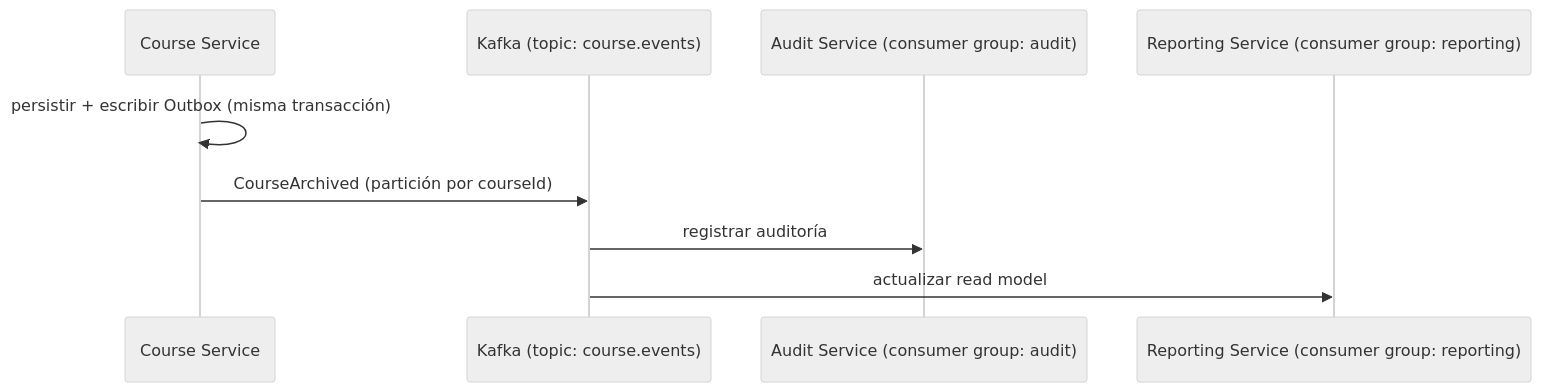
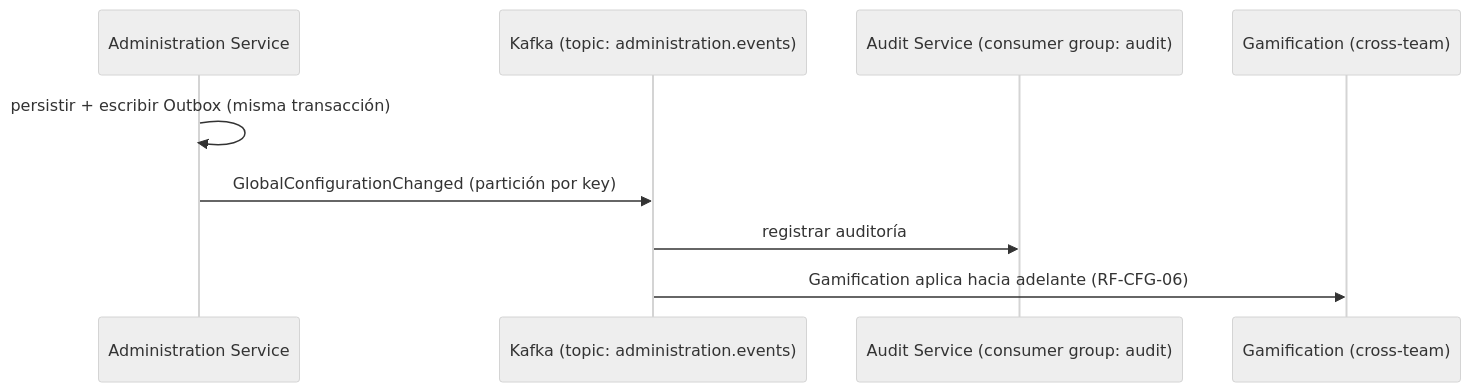
One commit to 2W2-114324-Carballo-Juarez-Mateo/backoffice-docs changed the third of 6 diagrams in docs/backend/arquitectura/comunicacion.md. Above: the diagram before and after it, drawn with Mermaid (neutral theme). The commit also changed other lines of this file and 13 other files, not shown here.

Commit message:
docs: alinear alcance al BackOffice oficial (4 servicios: Identity&Access, Administration&Configuration, Reporting&Analytics, Audit) — sin cursos/desafíos/usuarios/avatar

````diff
--- a/docs/backend/arquitectura/comunicacion.md
+++ b/docs/backend/arquitectura/comunicacion.md
@@ -50,12 +52,12 @@
 ```mermaid
 sequenceDiagram
-    participant CS as Course Service
-    participant K as Kafka (topic: course.events)
+    participant AD as Administration Service
+    participant K as Kafka (topic: administration.events)
     participant AU as Audit Service (consumer group: audit)
-    participant RP as Reporting Service (consumer group: reporting)
+    participant GS as Gamification (cross-team)
 
-    CS->>CS: persistir + escribir Outbox (misma transacción)
-    CS->>K: CourseArchived (partición por courseId)
+    AD->>AD: persistir + escribir Outbox (misma transacción)
+    AD->>K: GlobalConfigurationChanged (partición por key)
     K->>AU: registrar auditoría
-    K->>RP: actualizar read model
+    K->>GS: Gamification aplica hacia adelante (RF-CFG-06)
 ```
````
